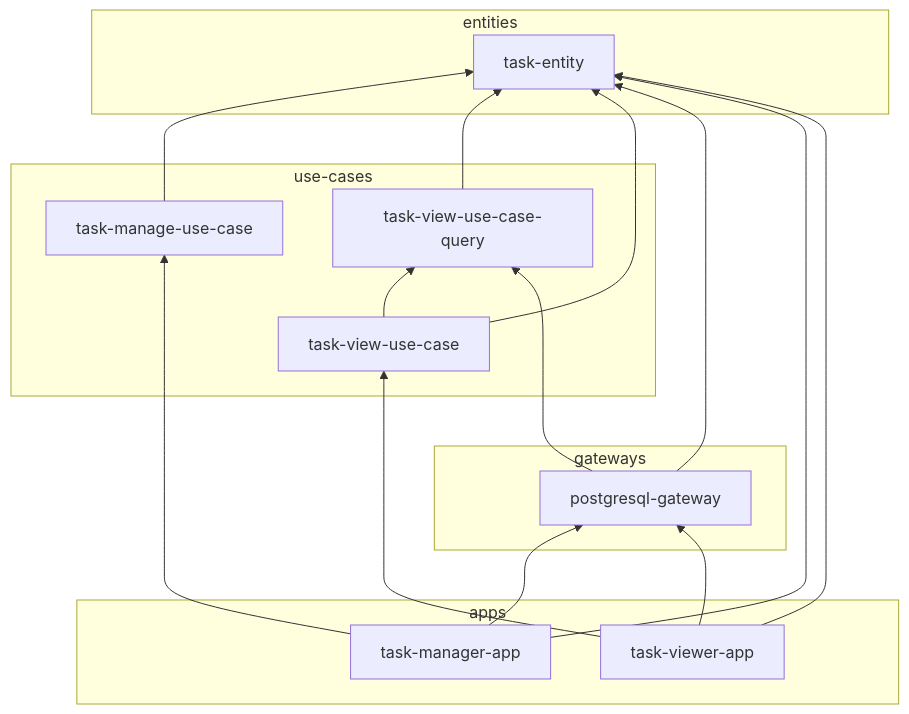
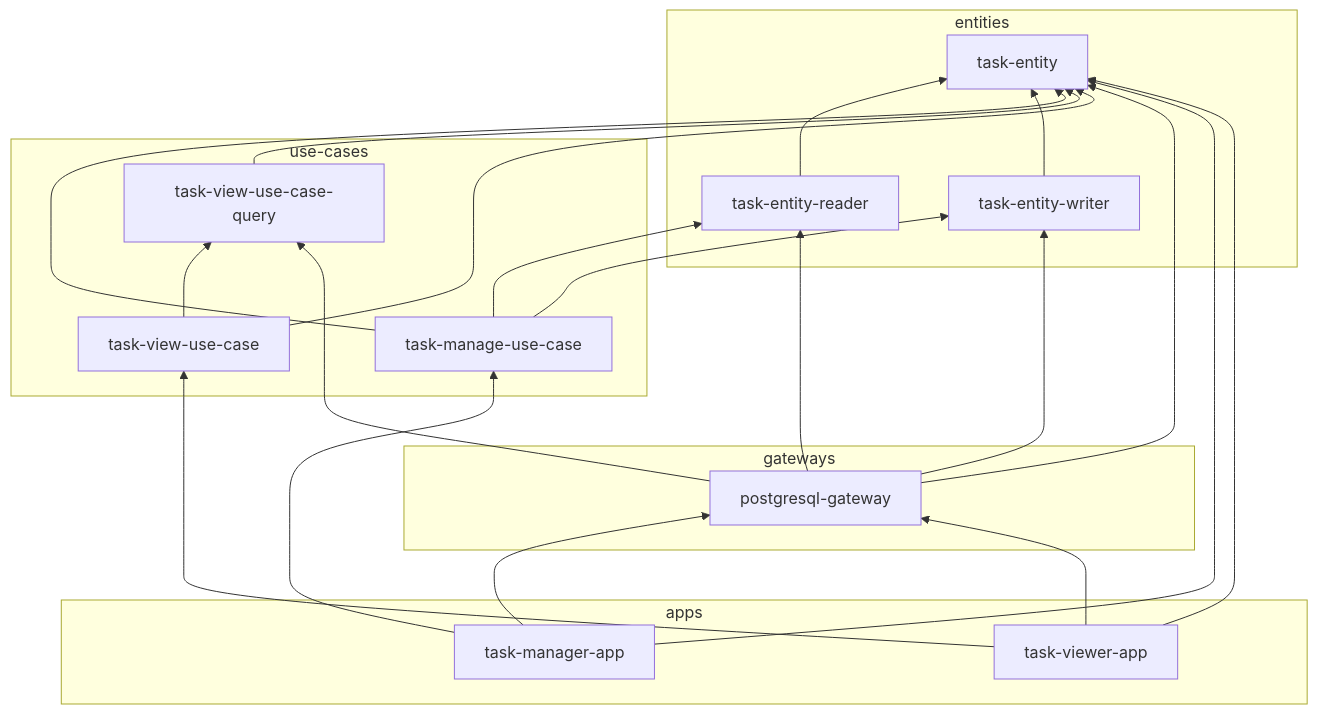
The diagram in docs/README.md (taisuke-fujimoto/clean-architecture-spring-boot-example), drawn with Mermaid before and after one commit. The commit also changed other lines of this file, not shown here.

````diff
--- a/docs/README.md
+++ b/docs/README.md
@@ -8,24 +8,28 @@
 ```mermaid
 flowchart BT
   subgraph entities
     task-entity
+    task-entity-reader
+    task-entity-writer
   end
   subgraph use-cases
     task-manage-use-case
     task-view-use-case
     task-view-use-case-query
   end
   subgraph gateways
     postgresql-gateway
   end
   subgraph apps
     task-manager-app
     task-viewer-app
   end
-  task-manage-use-case --> task-entity
+  task-entity-reader --> task-entity
+  task-entity-writer --> task-entity
+  task-manage-use-case --> task-entity & task-entity-reader & task-entity-writer
   task-view-use-case-query --> task-entity
   task-view-use-case --> task-entity & task-view-use-case-query
-  postgresql-gateway ---> task-entity & task-view-use-case-query
+  postgresql-gateway ---> task-entity & task-entity-reader & task-entity-writer & task-view-use-case-query
   task-manager-app --> task-entity & task-manage-use-case & postgresql-gateway
   task-viewer-app --> task-entity & task-view-use-case & postgresql-gateway
 ```
````
